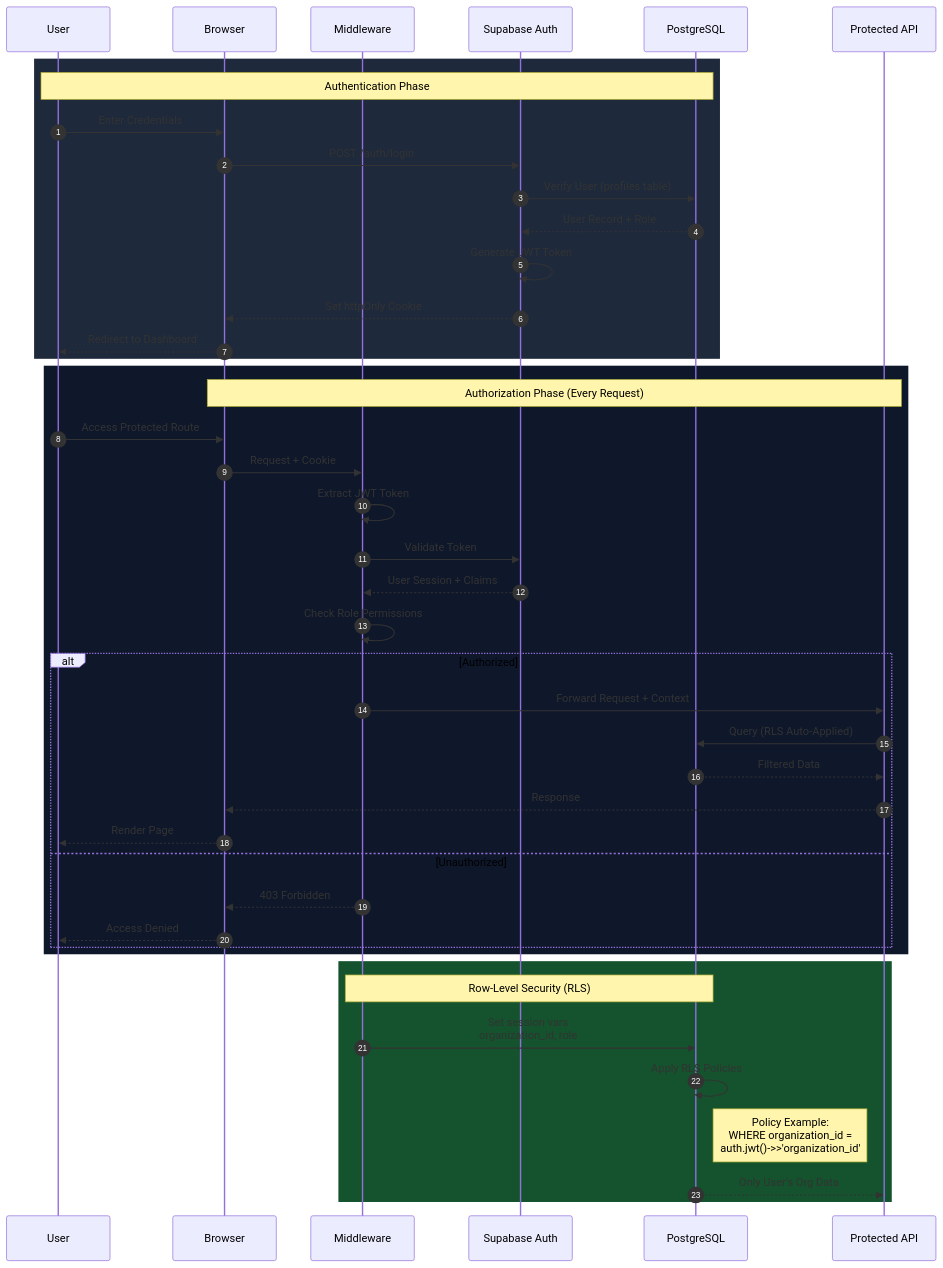
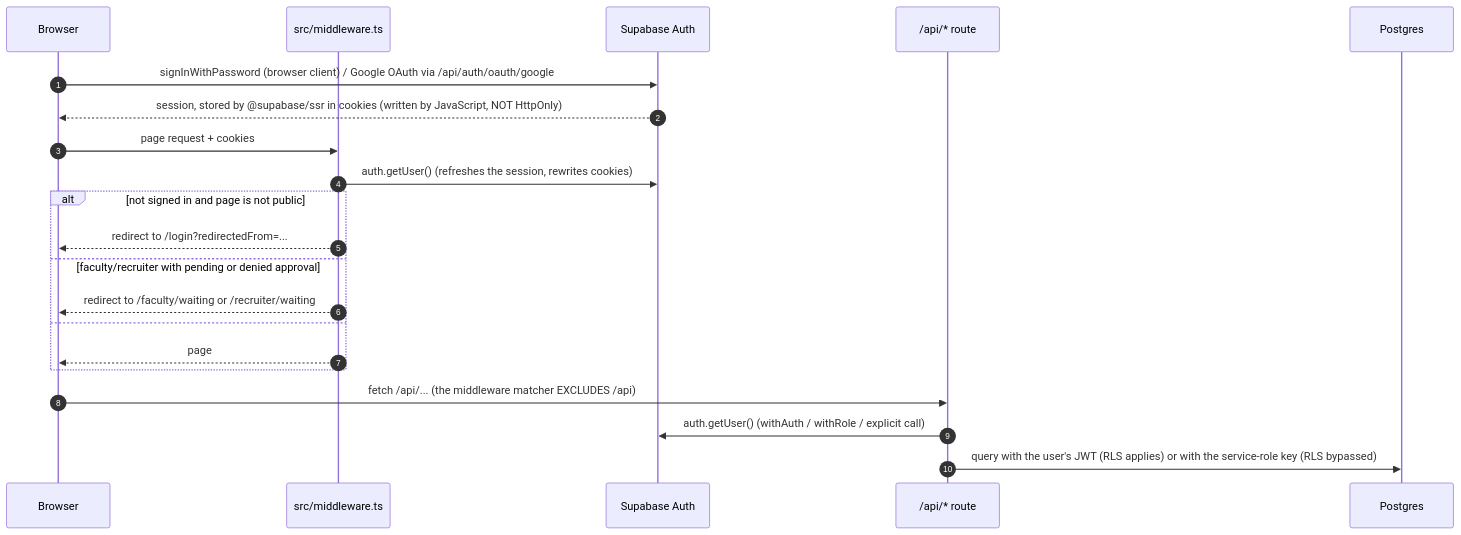
The diagram in my-app/docs/Security-Auth-flow.md (Ujjwaljain16/CampusSync), drawn with Mermaid before and after one commit. The commit also changed other lines of this file and 32 other files, not shown here.

````diff
--- a/my-app/docs/Security-Auth-flow.md
+++ b/my-app/docs/Security-Auth-flow.md
@@ -4,49 +7,24 @@
 ```mermaid
 sequenceDiagram
     autonumber
-    participant User
-    participant Browser
-    participant MW as Middleware
-    participant Auth as Supabase Auth
-    participant DB as PostgreSQL
-    participant API as Protected API
+    participant B as Browser
+    participant MW as src/middleware.ts
+    participant A as Supabase Auth
+    participant API as /api/* route
+    participant DB as Postgres
 
-    rect rgb(30, 41, 59)
-    Note over User,DB: Authentication Phase
-    User->>Browser: Enter Credentials
-    Browser->>Auth: POST /auth/login
-    Auth->>DB: Verify User (profiles table)
-    DB-->>Auth: User Record + Role
-    Auth->>Auth: Generate JWT Token
-    Auth-->>Browser: Set httpOnly Cookie
-    Browser-->>User: Redirect to Dashboard
+    B->>A: signInWithPassword (browser client) / Google OAuth via /api/auth/oauth/google
+    A-->>B: session, stored by @supabase/ssr in cookies (written by JavaScript, NOT HttpOnly)
+    B->>MW: page request + cookies
+    MW->>A: auth.getUser() (refreshes the session, rewrites cookies)
+    alt not signed in and page is not public
+        MW-->>B: redirect to /login?redirectedFrom=...
+    else faculty/recruiter with pending or denied approval
+        MW-->>B: redirect to /faculty/waiting or /recruiter/waiting
+    else
+        MW-->>B: page
     end
-
-    rect rgb(15, 23, 42)
-    Note over Browser,API: Authorization Phase (Every Request)
-    User->>Browser: Access Protected Route
-    Browser->>MW: Request + Cookie
-    MW->>MW: Extract JWT Token
-    MW->>Auth: Validate Token
-    Auth-->>MW: User Session + Claims
-    MW->>MW: Check Role Permissions
-    alt Authorized
-        MW->>API: Forward Request + Context
-        API->>DB: Query (RLS Auto-Applied)
-        DB-->>API: Filtered Data
-        API-->>Browser: Response
-        Browser-->>User: Render Page
-    else Unauthorized
-        MW-->>Browser: 403 Forbidden
-        Browser-->>User: Access Denied
-    end
-    end
-
-    rect rgb(20, 83, 45)
-    Note over MW,DB: Row-Level Security (RLS)
-    MW->>DB: Set session vars<br/>organization_id, role
-    DB->>DB: Apply RLS Policies
-    Note right of DB: Policy Example:<br/>WHERE organization_id = <br/>auth.jwt()->>'organization_id'
-    DB-->>API: Only User's Org Data
-    end
+    B->>API: fetch /api/... (the middleware matcher EXCLUDES /api)
+    API->>A: auth.getUser() (withAuth / withRole / explicit call)
+    API->>DB: query with the user's JWT (RLS applies) or with the service-role key (RLS bypassed)
 ```
````
